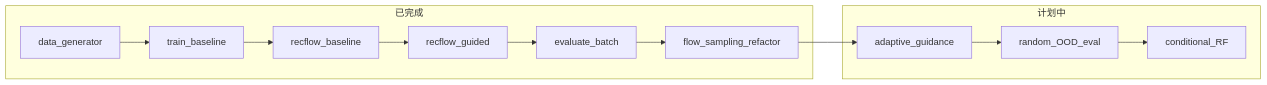
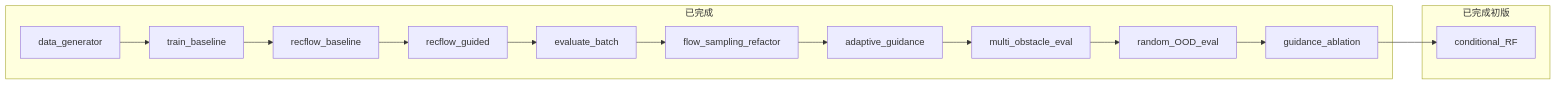
The diagram in PROJECT_PROGRESS.md (gtynnn060110-hash/DL-for-Diffusion-Model-Final-Project), drawn with Mermaid before and after one commit. The commit also changed other lines of this file and 14 other files, not shown here.

````diff
--- a/PROJECT_PROGRESS.md
+++ b/PROJECT_PROGRESS.md
@@ -16,15 +16,17 @@
 ```mermaid
 flowchart LR
   subgraph done [已完成]
     A[data_generator] --> B[train_baseline]
     B --> C[recflow_baseline]
     C --> D[recflow_guided]
     D --> E[evaluate_batch]
     E --> F[flow_sampling_refactor]
+    F --> G[adaptive_guidance]
+    G --> H[multi_obstacle_eval]
+    H --> I[random_OOD_eval]
+    I --> J[guidance_ablation]
   end
-  subgraph next [计划中]
-    F --> G[adaptive_guidance]
-    G --> H[random_OOD_eval]
-    H --> I[conditional_RF]
+  subgraph done2 [已完成初版]
+    J --> K[conditional_RF]
   end
 ```
````
